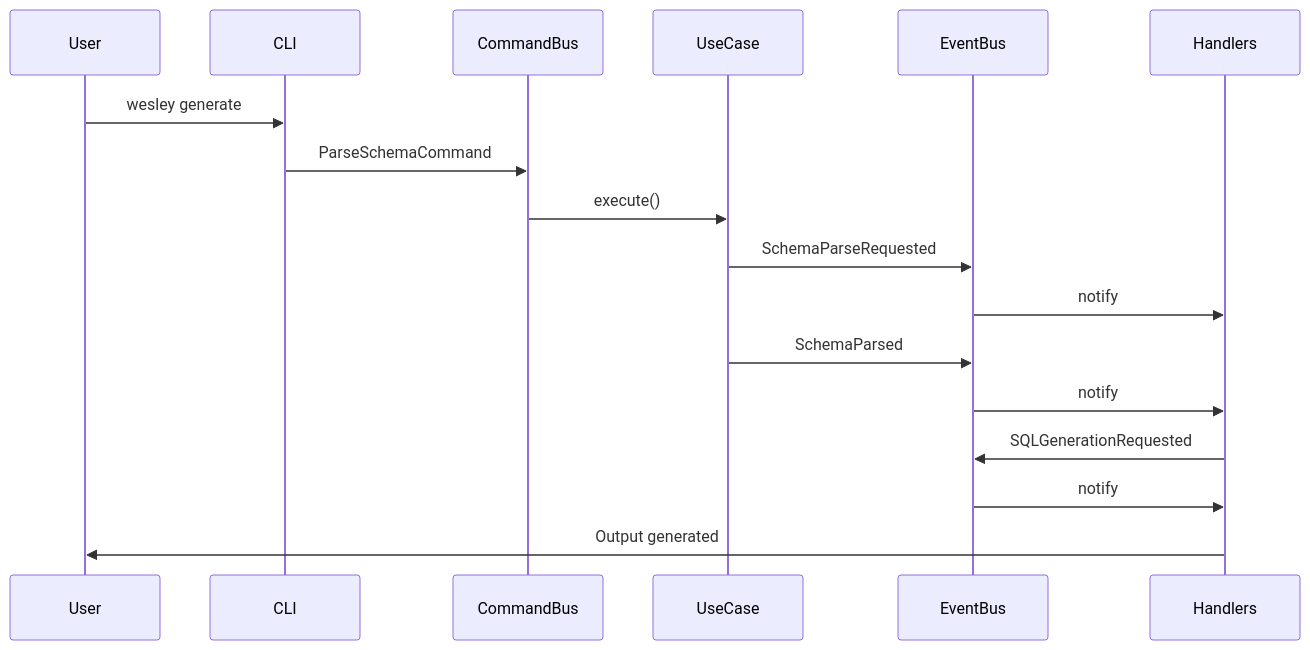
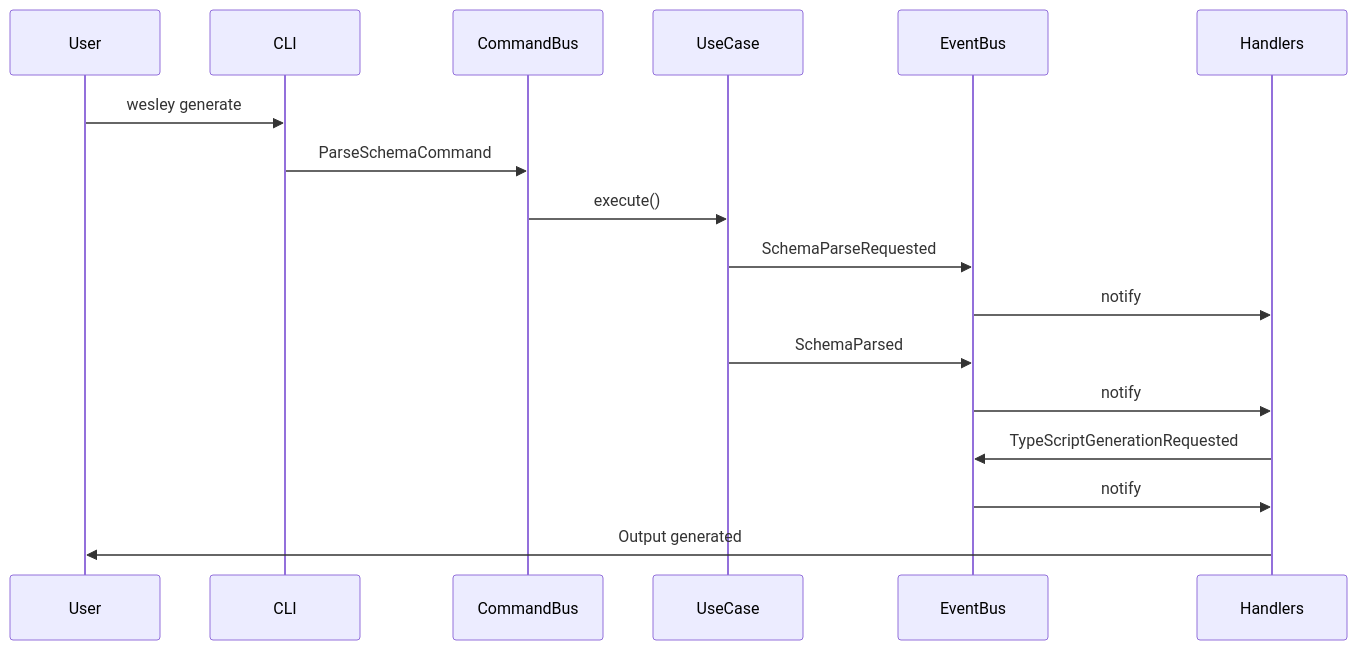
One commit to flyingrobots/wesley changed the fifth of 8 diagrams in docs/architecture/overview.md. Above: the diagram before and after it, drawn with Mermaid. The commit also changed other lines of this file and 385 other files, not shown here.

````diff
--- a/docs/architecture/overview.md
+++ b/docs/architecture/overview.md
@@ -164,20 +164,20 @@
 ```mermaid
 sequenceDiagram
     participant User
     participant CLI
     participant CommandBus
     participant UseCase
     participant EventBus
     participant Handlers
     
     User->>CLI: wesley generate
     CLI->>CommandBus: ParseSchemaCommand
     CommandBus->>UseCase: execute()
     UseCase->>EventBus: SchemaParseRequested
     EventBus->>Handlers: notify
     UseCase->>EventBus: SchemaParsed
     EventBus->>Handlers: notify
-    Handlers->>EventBus: SQLGenerationRequested
+    Handlers->>EventBus: TypeScriptGenerationRequested
     EventBus->>Handlers: notify
     Handlers->>User: Output generated
 ```
````
